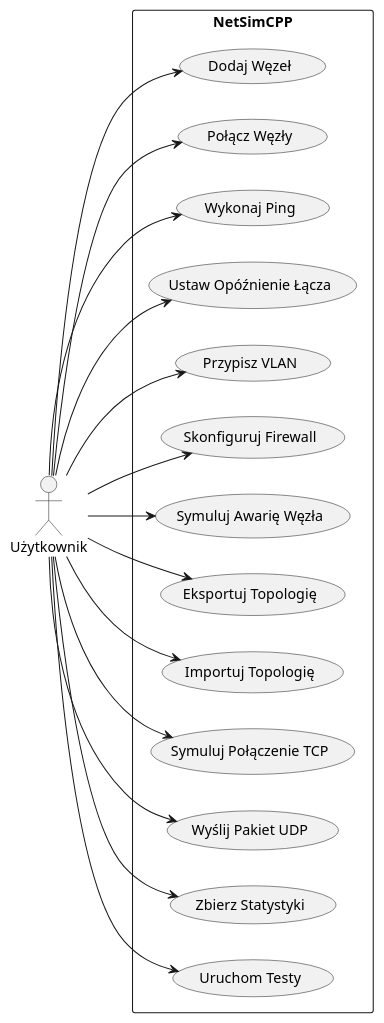
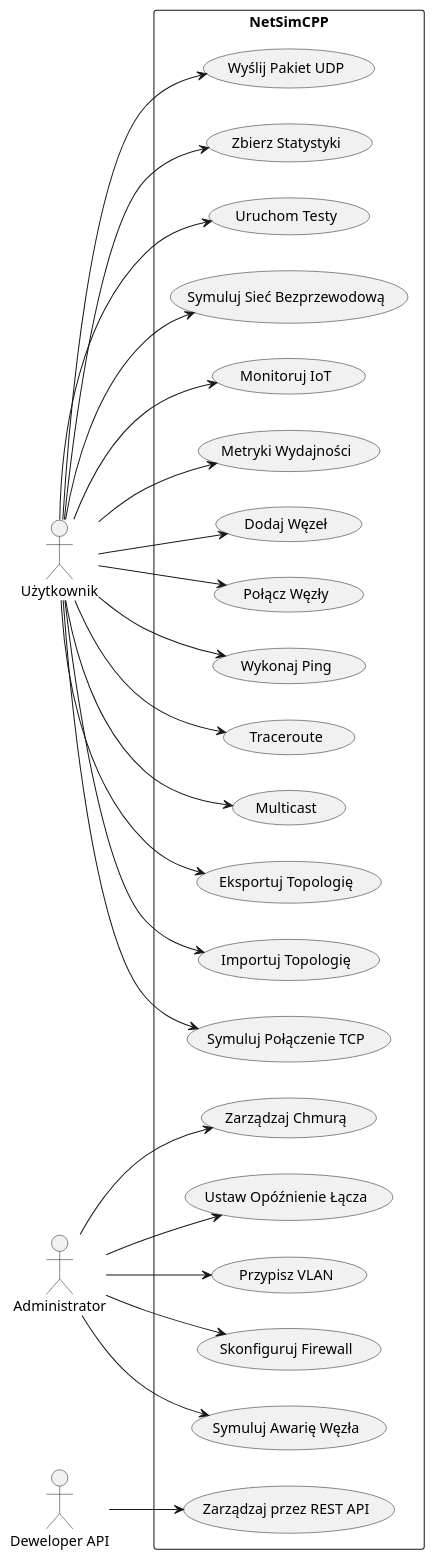
The first of 13 diagrams in project/docs/diagrams.md (UmarlyPoeta/inzynieria_oprogramowania), drawn with PlantUML before and after one commit. The commit also changed other lines of this file and 15 other files, not shown here.

First line of the commit message:
Enhance project documentation and REST API

````diff
--- a/project/docs/diagrams.md
+++ b/project/docs/diagrams.md
@@ -39,21 +44,30 @@
 ```plantuml
 @startuml
 left to right direction
 actor "Użytkownik" as User
+actor "Administrator" as Admin
+actor "Deweloper API" as Dev
 rectangle "NetSimCPP" {
     User --> (Dodaj Węzeł)
     User --> (Połącz Węzły)
     User --> (Wykonaj Ping)
-    User --> (Ustaw Opóźnienie Łącza)
-    User --> (Przypisz VLAN)
-    User --> (Skonfiguruj Firewall)
-    User --> (Symuluj Awarię Węzła)
+    User --> (Traceroute)
+    User --> (Multicast)
+    Admin --> (Ustaw Opóźnienie Łącza)
+    Admin --> (Przypisz VLAN)
+    Admin --> (Skonfiguruj Firewall)
+    Admin --> (Symuluj Awarię Węzła)
     User --> (Eksportuj Topologię)
     User --> (Importuj Topologię)
     User --> (Symuluj Połączenie TCP)
     User --> (Wyślij Pakiet UDP)
     User --> (Zbierz Statystyki)
     User --> (Uruchom Testy)
+    Dev --> (Zarządzaj przez REST API)
+    User --> (Symuluj Sieć Bezprzewodową)
+    Admin --> (Zarządzaj Chmurą)
+    User --> (Monitoruj IoT)
+    User --> (Metryki Wydajności)
 }
 @enduml
 ```
````
